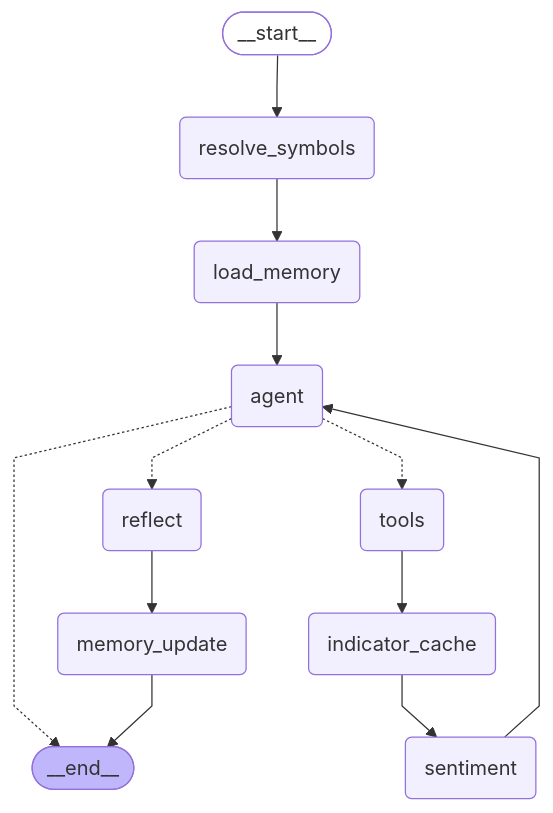
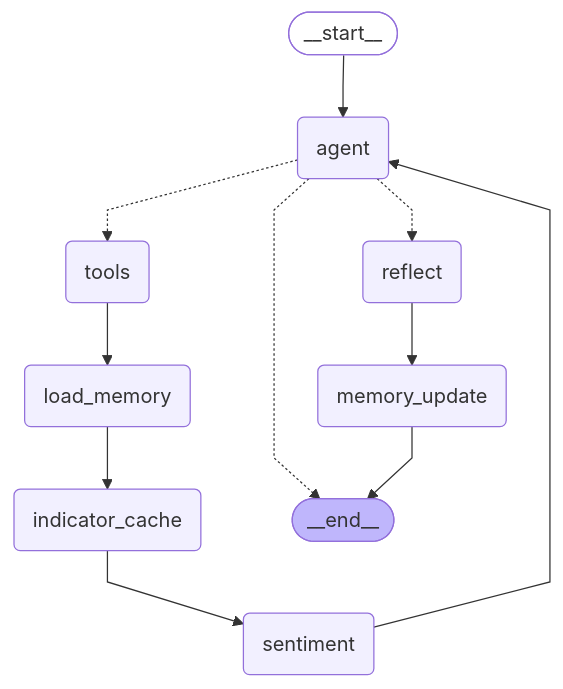
The diagram in InvestmentAgent/graphs/investment_agent_v3.md (PawanKrGunjan/GenerativeAI), drawn with Mermaid before and after one commit. The commit also changed 60 other files, not shown here.

````diff
--- a/InvestmentAgent/graphs/investment_agent_v3.md
+++ b/InvestmentAgent/graphs/investment_agent_v3.md
@@ -1,33 +1,31 @@
 ```mermaid
 ---
 config:
   flowchart:
     curve: linear
 ---
 graph TD;
 	__start__([<p>__start__</p>]):::first
-	resolve_symbols(resolve_symbols)
-	load_memory(load_memory)
 	agent(agent)
 	tools(tools)
+	load_memory(load_memory)
 	indicator_cache(indicator_cache)
 	sentiment(sentiment)
 	reflect(reflect)
 	memory_update(memory_update)
 	__end__([<p>__end__</p>]):::last
-	__start__ --> resolve_symbols;
+	__start__ --> agent;
 	agent -.-> __end__;
 	agent -.-> reflect;
 	agent -.-> tools;
 	indicator_cache --> sentiment;
-	load_memory --> agent;
+	load_memory --> indicator_cache;
 	reflect --> memory_update;
-	resolve_symbols --> load_memory;
 	sentiment --> agent;
-	tools --> indicator_cache;
+	tools --> load_memory;
 	memory_update --> __end__;
 	classDef default fill:#f2f0ff,line-height:1.2
 	classDef first fill-opacity:0
 	classDef last fill:#bfb6fc
 
 ```
````
